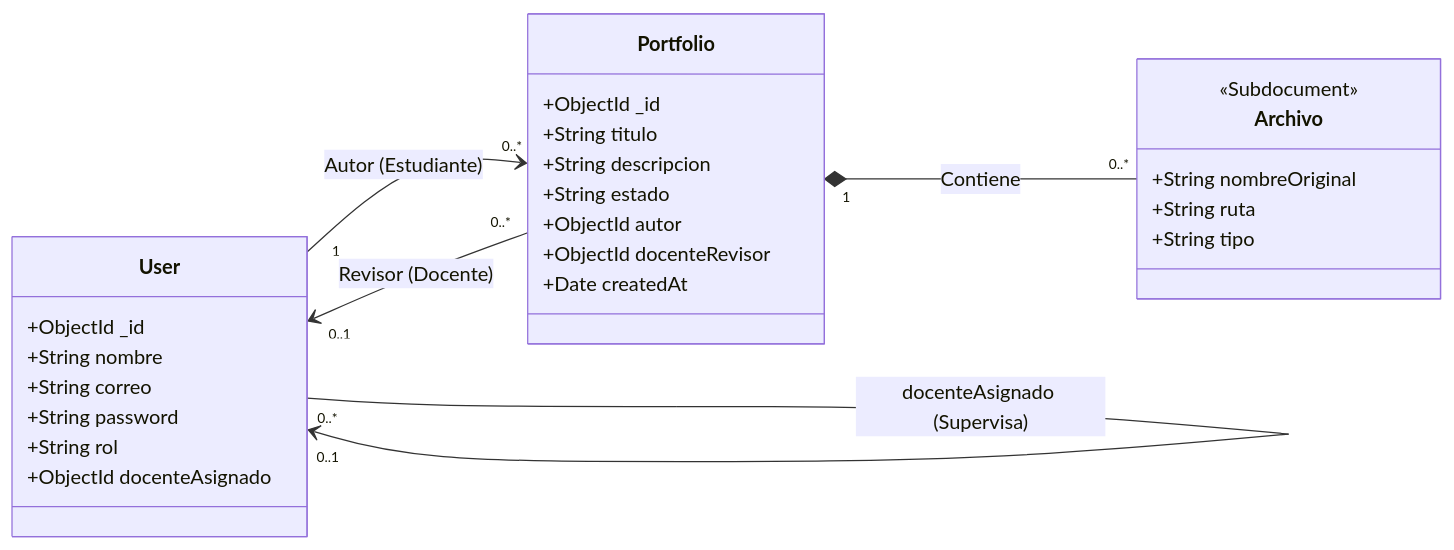
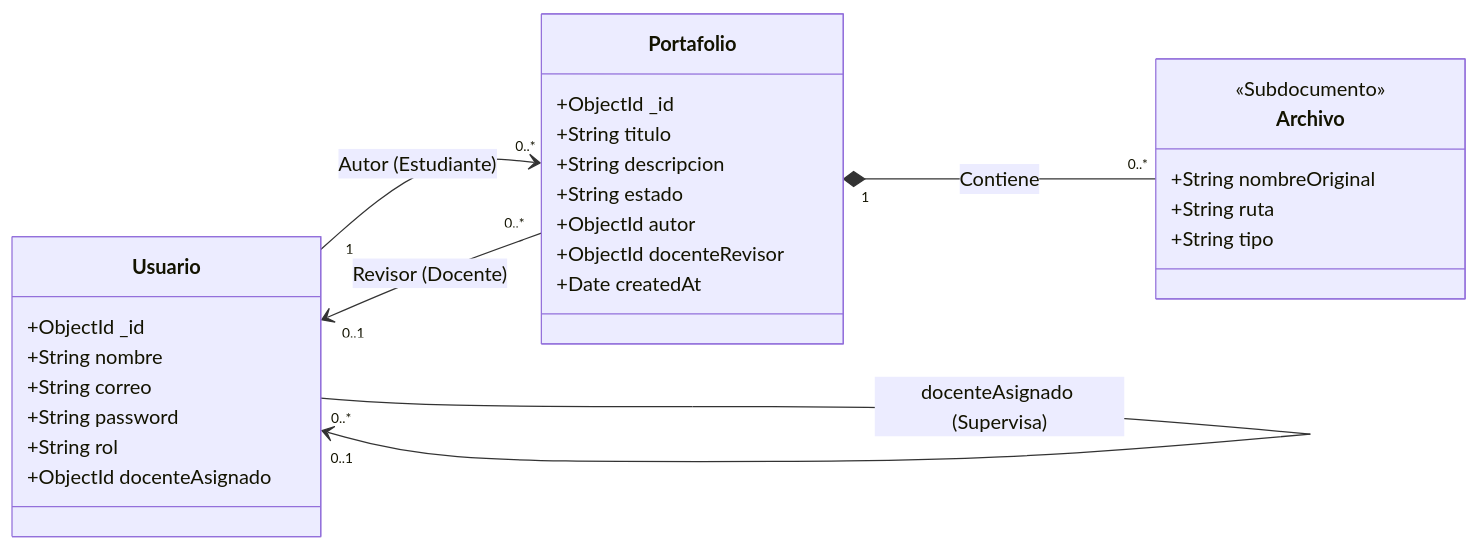
The second of 6 diagrams in docs/DIAGRAMAS_DEL_SISTEMA.md (GRAN-J/Sistema-de-Gestion-de-Portafolios-Academicos-SGP-), drawn with Mermaid before and after one commit. The commit also changed other lines of this file and 2 other files, not shown here.

Commit message:
Traducción de comentarios a español y ajustes de diagramas

````diff
--- a/docs/DIAGRAMAS_DEL_SISTEMA.md
+++ b/docs/DIAGRAMAS_DEL_SISTEMA.md
@@ -92,39 +78,36 @@
 ```mermaid
 classDiagram
     direction LR
     
-    %% Definición de Clases
-    class User {
+    class Usuario {
         +ObjectId _id
         +String nombre
         +String correo
         +String password
         +String rol
         +ObjectId docenteAsignado
     }
 
-    class Portfolio {
+    class Portafolio {
         +ObjectId _id
         +String titulo
         +String descripcion
         +String estado
         +ObjectId autor
         +ObjectId docenteRevisor
         +Date createdAt
     }
 
     class Archivo {
-        <<Subdocument>>
+        <<Subdocumento>>
         +String nombreOriginal
         +String ruta
         +String tipo
     }
 
     %% Relaciones
-    User "1" --> "0..*" Portfolio : Autor (Estudiante)
-    Portfolio "0..*" --> "0..1" User : Revisor (Docente)
-    Portfolio "1" *-- "0..*" Archivo : Contiene
-
-    %% Relación Reflexiva (Auto-referencia)
-    User "0..*" --> "0..1" User : docenteAsignado (Supervisa)
+    Usuario "1" --> "0..*" Portafolio : Autor (Estudiante)
+    Portafolio "0..*" --> "0..1" Usuario : Revisor (Docente)
+    Portafolio "1" *-- "0..*" Archivo : Contiene
+    Usuario "0..*" --> "0..1" Usuario : docenteAsignado (Supervisa)
 ```
````
